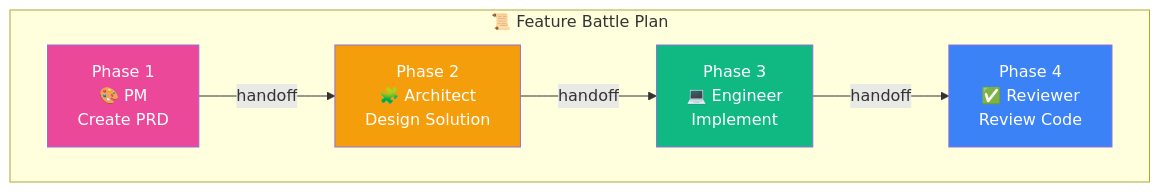
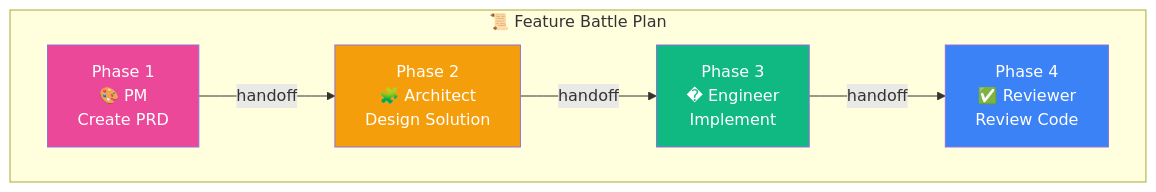
The third of 7 diagrams in README.md (jnPiyush/AI-Squad), drawn with Mermaid before and after one commit. The commit also changed other lines of this file and 5 other files, not shown here.

````diff
--- a/README.md
+++ b/README.md
@@ -117,19 +117,19 @@
 ```mermaid
 flowchart LR
     subgraph "📜 Feature Battle Plan"
         direction LR
         P1["Phase 1<br/>🎨 PM<br/>Create PRD"]
         P2["Phase 2<br/>🧩 Architect<br/>Design Solution"]
-        P3["Phase 3<br/>💻 Engineer<br/>Implement"]
+        P3["Phase 3<br/>� Engineer<br/>Implement"]
         P4["Phase 4<br/>✅ Reviewer<br/>Review Code"]
         
         P1 -->|handoff| P2
         P2 -->|handoff| P3
         P3 -->|handoff| P4
     end
     
     style P1 fill:#ec4899,color:#fff
     style P2 fill:#f59e0b,color:#fff
     style P3 fill:#10b981,color:#fff
     style P4 fill:#3b82f6,color:#fff
 ```
````
